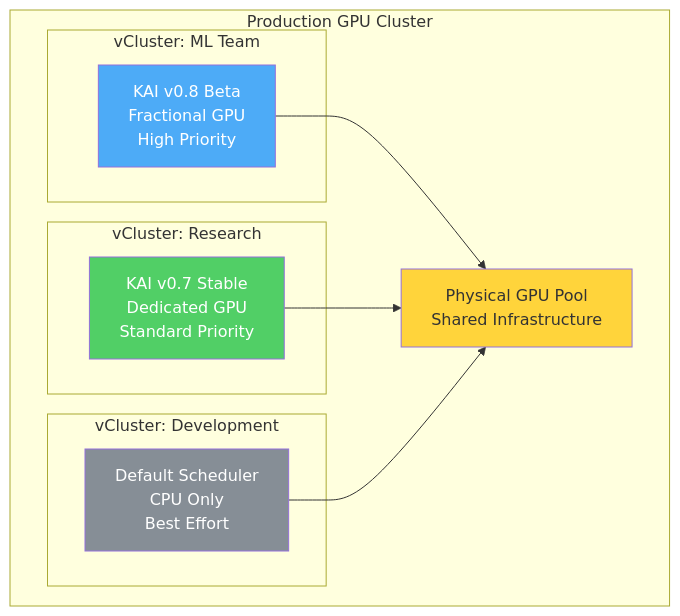
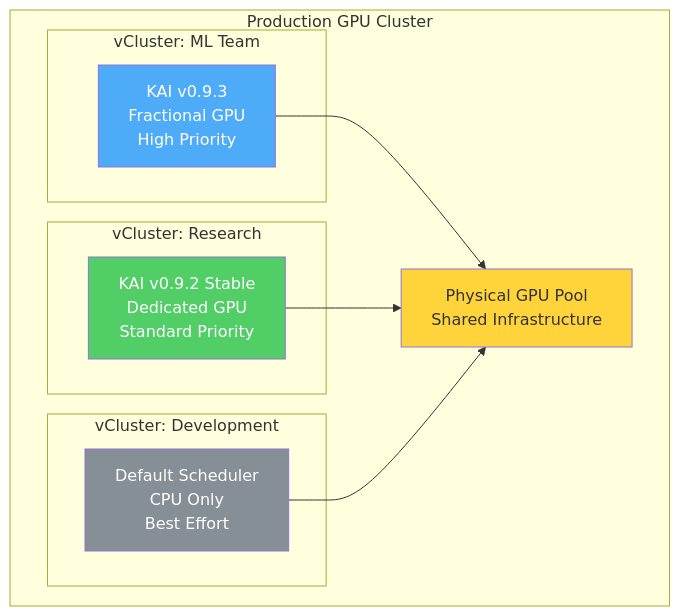
Before and after one commit to Piotr1215/youtube: the fifth of 5 diagrams in kai-scheduler/presentation.md, drawn with Mermaid. The commit also changed other lines of this file and 4 other files, not shown here.

````diff
--- a/kai-scheduler/presentation.md
+++ b/kai-scheduler/presentation.md
@@ -534,27 +589,27 @@
 ```mermaid +render
 graph TB
     subgraph "Production GPU Cluster"
         subgraph "vCluster: ML Team"
-            ML["KAI v0.8 Beta<br/>Fractional GPU<br/>High Priority"]
+            ML["KAI v0.9.3<br/>Fractional GPU<br/>High Priority"]
         end
 
         subgraph "vCluster: Research"
-            RES["KAI v0.7 Stable<br/>Dedicated GPU<br/>Standard Priority"]
+            RES["KAI v0.9.2 Stable<br/>Dedicated GPU<br/>Standard Priority"]
         end
 
         subgraph "vCluster: Development"
             DEV["Default Scheduler<br/>CPU Only<br/>Best Effort"]
         end
 
         GPU["Physical GPU Pool<br/>Shared Infrastructure"]
 
         ML --> GPU
         RES --> GPU
         DEV --> GPU
     end
 
     style ML fill:#4dabf7,color:#fff
     style RES fill:#51cf66,color:#fff
     style DEV fill:#868e96,color:#fff
     style GPU fill:#ffd43b,color:#333
 ```
````
